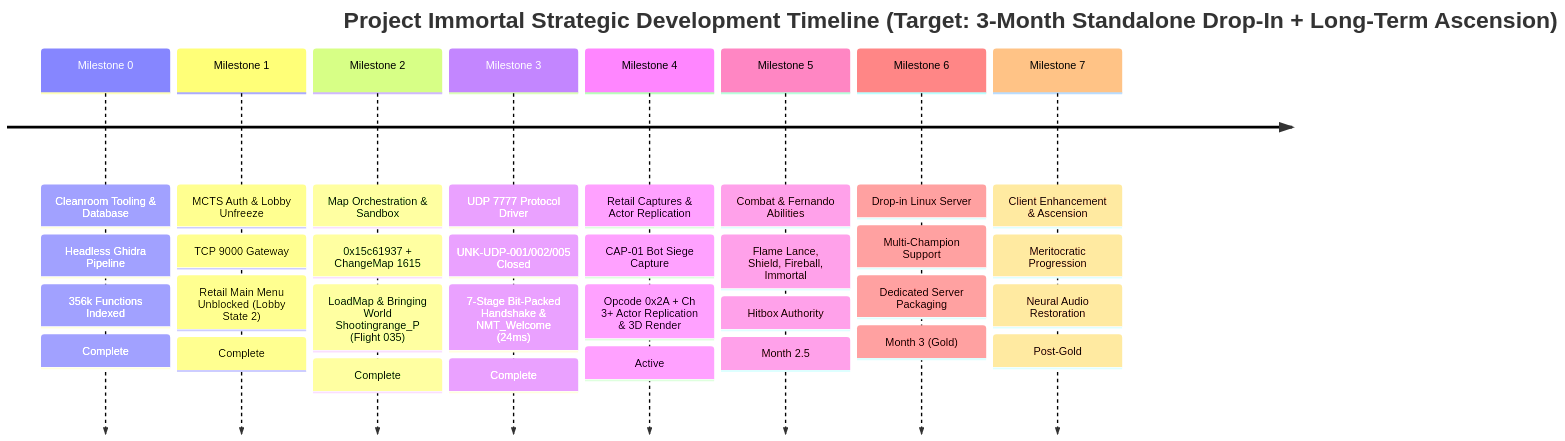
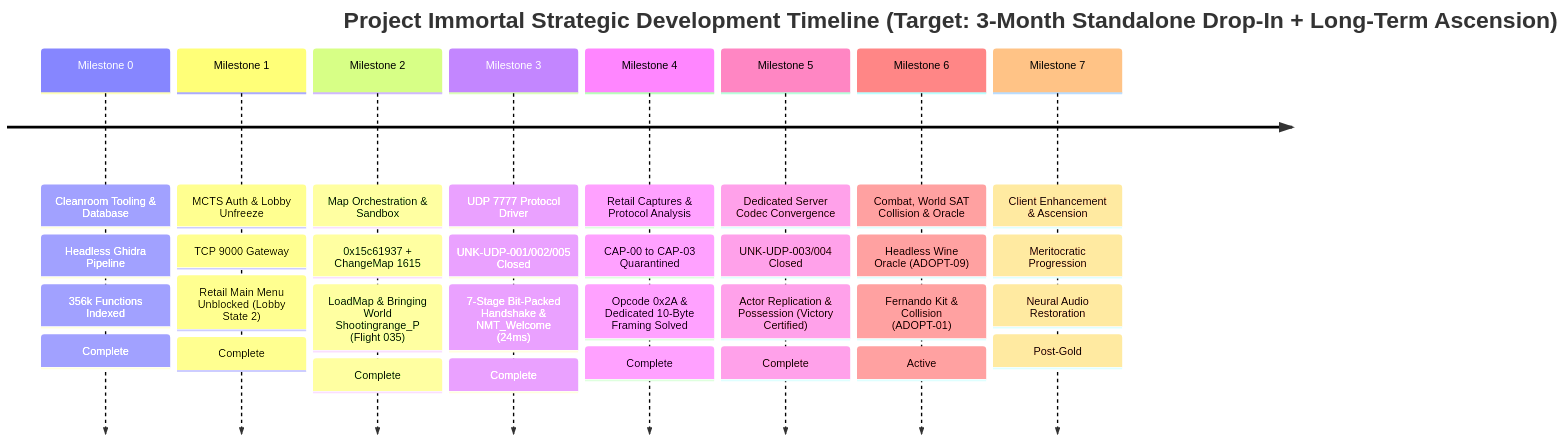
One commit to project-immortal/immortal changed the second of 2 diagrams in docs/specs/ROADMAP.md. Above: the diagram before and after it, drawn with Mermaid. The commit also changed other lines of this file and 3 other files, not shown here.

First line of the commit message:
docs(specs): consolidate Milestone 5 handoff, investigation reports, and UNK-PROP-001

````diff
--- a/docs/specs/ROADMAP.md
+++ b/docs/specs/ROADMAP.md
@@ -68,12 +68,12 @@
 ```mermaid
 timeline
     title Project Immortal Strategic Development Timeline (Target: 3-Month Standalone Drop-In + Long-Term Ascension)
     Milestone 0 : Cleanroom Tooling & Database : Headless Ghidra Pipeline : 356k Functions Indexed : Complete
     Milestone 1 : MCTS Auth & Lobby Unfreeze : TCP 9000 Gateway : Retail Main Menu Unblocked (Lobby State 2) : Complete
     Milestone 2 : Map Orchestration & Sandbox : 0x15c61937 + ChangeMap 1615 : LoadMap & Bringing World Shootingrange_P (Flight 035) : Complete
     Milestone 3 : UDP 7777 Protocol Driver : UNK-UDP-001/002/005 Closed : 7-Stage Bit-Packed Handshake & NMT_Welcome (24ms) : Complete
-    Milestone 4 : Retail Captures & Actor Replication : CAP-01 Bot Siege Capture : Opcode 0x2A + Ch 3+ Actor Replication & 3D Render : Active
-    Milestone 5 : Combat & Fernando Abilities : Flame Lance, Shield, Fireball, Immortal : Hitbox Authority : Month 2.5
-    Milestone 6 : Drop-in Linux Server : Multi-Champion Support : Dedicated Server Packaging : Month 3 (Gold)
+    Milestone 4 : Retail Captures & Protocol Analysis : CAP-00 to CAP-03 Quarantined : Opcode 0x2A & Dedicated 10-Byte Framing Solved : Complete
+    Milestone 5 : Dedicated Server Codec Convergence : UNK-UDP-003/004 Closed : Actor Replication & Possession (Victory Certified) : Complete
+    Milestone 6 : Combat, World SAT Collision & Oracle : Headless Wine Oracle (ADOPT-09) : Fernando Kit & Collision (ADOPT-01) : Active
     Milestone 7 : Client Enhancement & Ascension : Meritocratic Progression : Neural Audio Restoration : Post-Gold
 ```
````
